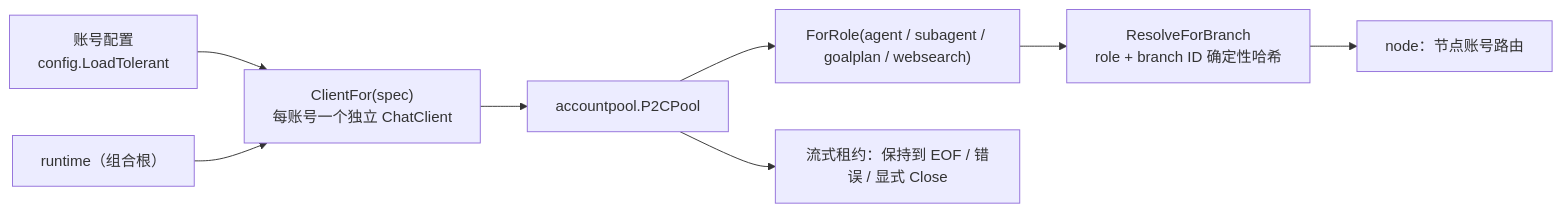
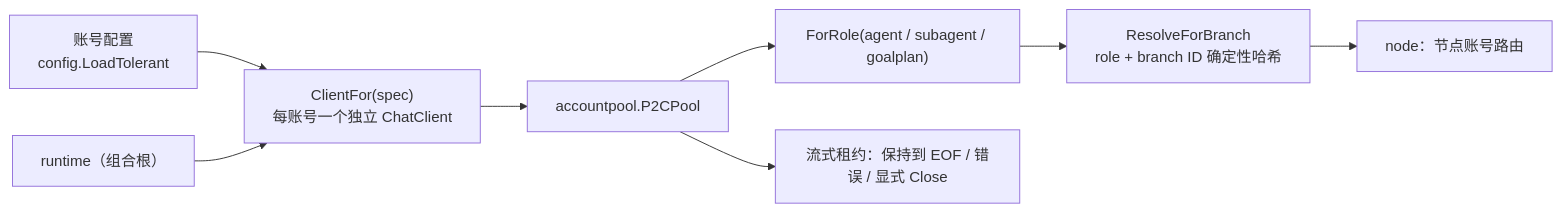
One commit to RedHuang-0622/seelex changed the diagram in seelebridge/account/README.md. Above: the diagram before and after it, drawn with Mermaid. The commit also changed 14 other files, not shown here.

````diff
--- a/seelebridge/account/README.md
+++ b/seelebridge/account/README.md
@@ -18,10 +18,10 @@
 ```mermaid
 flowchart LR
     CFG["账号配置<br/>config.LoadTolerant"] --> CLIENT["ClientFor(spec)<br/>每账号一个独立 ChatClient"]
     RUNTIME["runtime（组合根）"] --> CLIENT
     CLIENT --> POOL["accountpool.P2CPool"]
-    POOL --> ROLE["ForRole(agent / subagent / goalplan / websearch)"]
+    POOL --> ROLE["ForRole(agent / subagent / goalplan)"]
     ROLE --> BRANCH["ResolveForBranch<br/>role + branch ID 确定性哈希"]
     BRANCH --> NODE["node：节点账号路由"]
     POOL --> STREAM["流式租约：保持到 EOF / 错误 / 显式 Close"]
 ```
````
